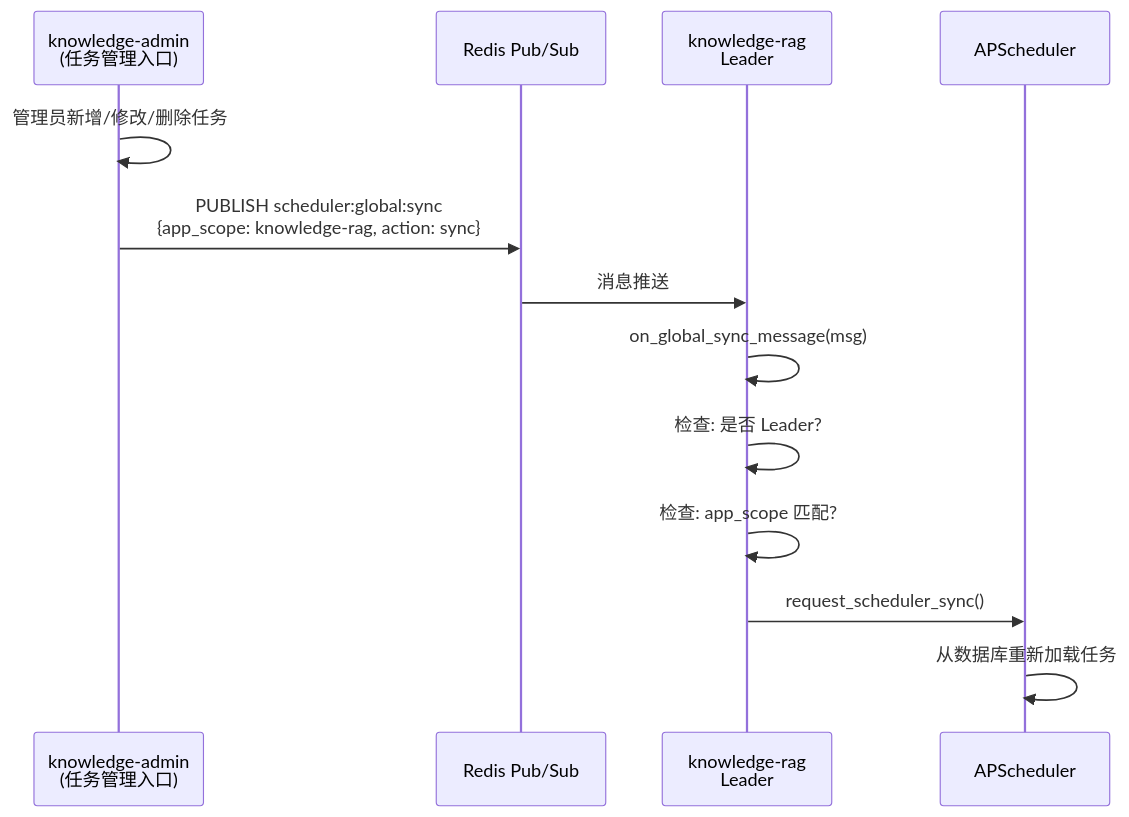
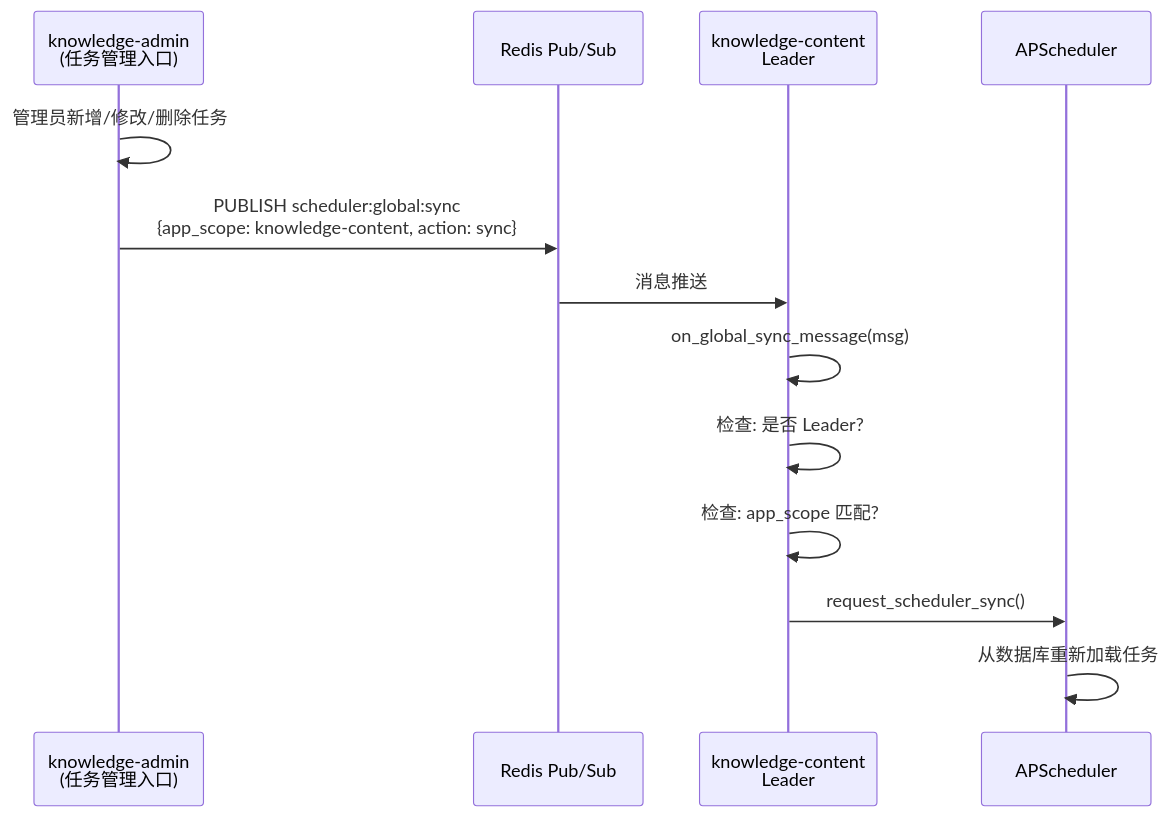
Before and after one commit to jiangwch03/knowledge: the fourth of 6 diagrams in docs/infrastructure/定时任务调度.md, drawn with Mermaid. The commit also changed other lines of this file and 201 other files, not shown here.

First line of the commit message:
refactor: 项目重命名 knowledge-rag → knowledge-content（全栈）

````diff
--- a/docs/infrastructure/定时任务调度.md
+++ b/docs/infrastructure/定时任务调度.md
@@ -65,16 +65,16 @@
 ```mermaid
 sequenceDiagram
     participant Admin as knowledge-admin<br/>(任务管理入口)
     participant Redis as Redis Pub/Sub
-    participant RagLeader as knowledge-rag<br/>Leader
+    participant RagLeader as knowledge-content<br/>Leader
     participant Scheduler as APScheduler
 
     Admin->>Admin: 管理员新增/修改/删除任务
-    Admin->>Redis: PUBLISH scheduler:global:sync<br/>{app_scope: knowledge-rag, action: sync}
+    Admin->>Redis: PUBLISH scheduler:global:sync<br/>{app_scope: knowledge-content, action: sync}
     Redis->>RagLeader: 消息推送
     RagLeader->>RagLeader: on_global_sync_message(msg)
     RagLeader->>RagLeader: 检查: 是否 Leader?
     RagLeader->>RagLeader: 检查: app_scope 匹配?
     RagLeader->>Scheduler: request_scheduler_sync()
     Scheduler->>Scheduler: 从数据库重新加载任务
 ```
````
